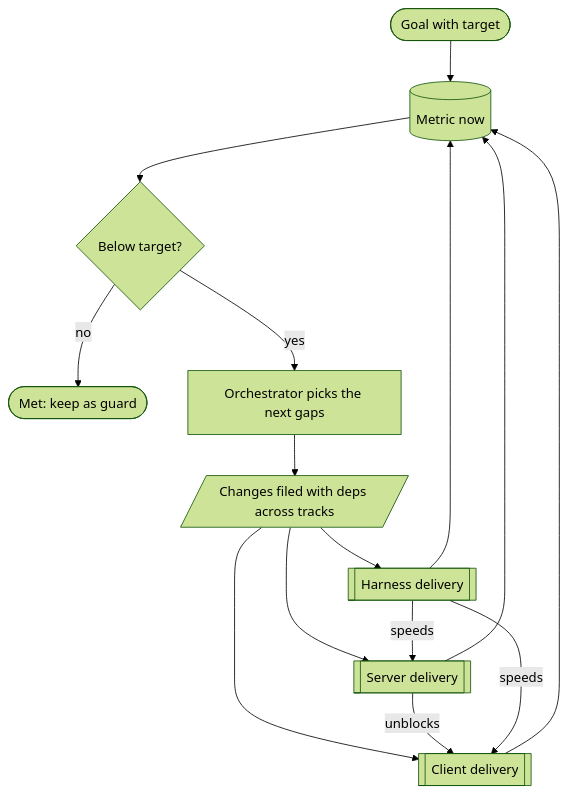
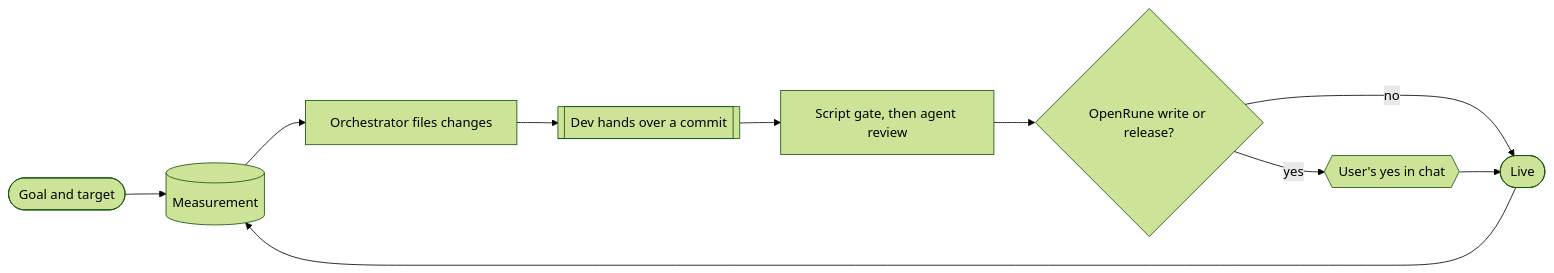
Before and after one commit to AlexPerrin/osrs-harness: the diagram in docs/PROBLEM.md, drawn with Mermaid (forest theme). The commit also changed other lines of this file and 3 other files, not shown here.

````diff
--- a/docs/PROBLEM.md
+++ b/docs/PROBLEM.md
@@ -66,17 +54,12 @@
 ```mermaid
-flowchart TD
-  g([Goal with target]) --> m[(Metric now)]
-  m --> gap{Below target?}
-  gap -- no --> guard([Met: keep as guard])
-  gap -- yes --> orch[Orchestrator picks the next gaps]
-  orch --> defs[/Changes filed with deps across tracks/]
-  defs --> srv[[Server delivery]]
-  defs --> cli[[Client delivery]]
-  defs --> har[[Harness delivery]]
-  srv -- unblocks --> cli
-  har -- speeds --> srv
-  har -- speeds --> cli
-  srv --> m
-  cli --> m
-  har --> m
+flowchart LR
+  g([Goal and target]) --> m[(Measurement)]
+  m --> o[Orchestrator files changes]
+  o --> d[[Dev hands over a commit]]
+  d --> c[Script gate, then agent review]
+  c --> s{OpenRune write or release?}
+  s -- yes --> u{{User's yes in chat}}
+  s -- no --> l([Live])
+  u --> l
+  l --> m
 ```
````
